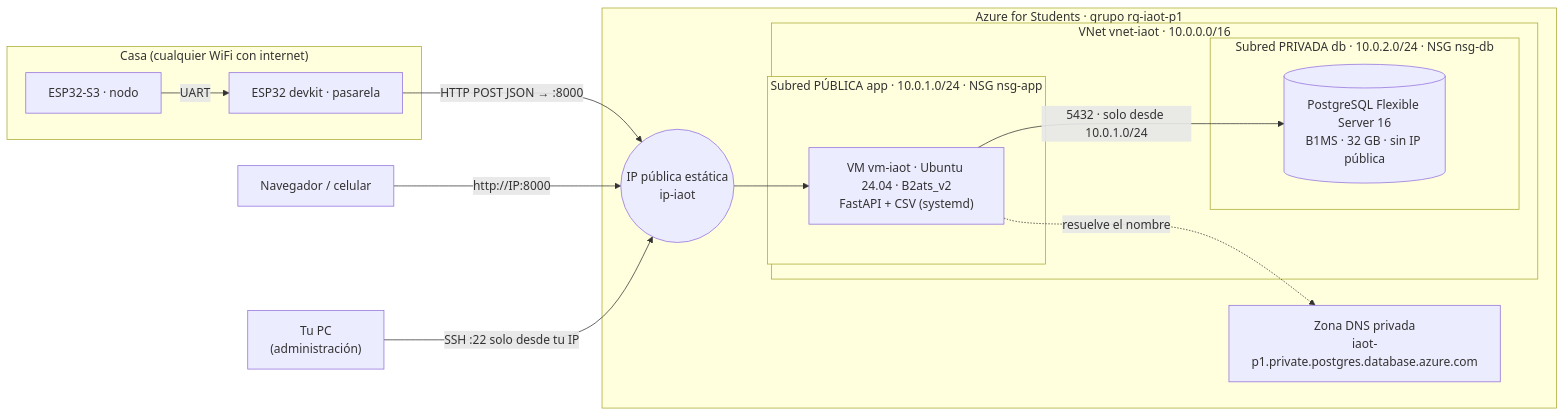
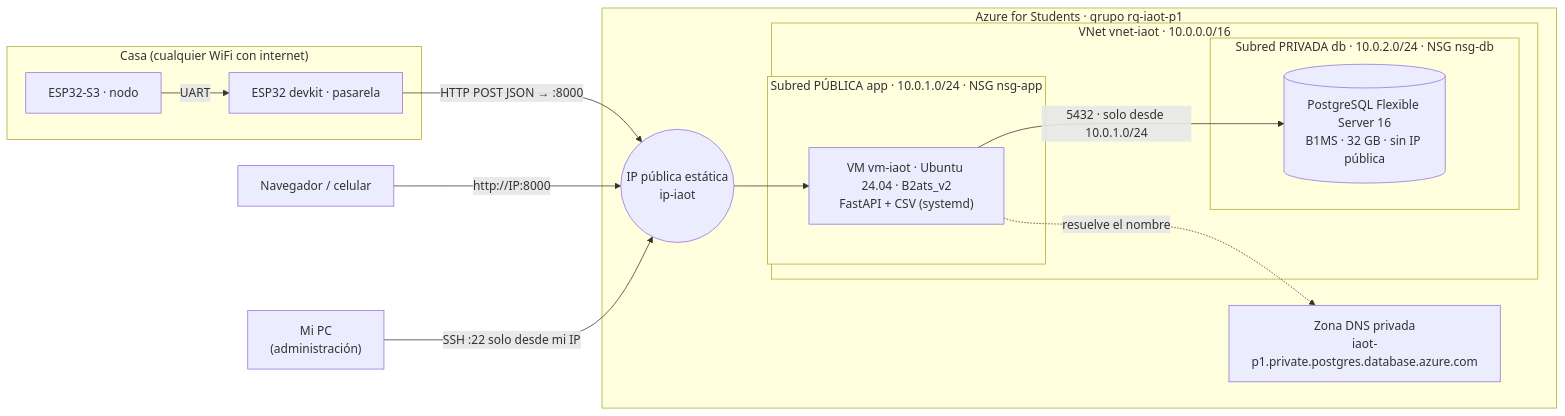
One commit to JCMelendezT/IAoT changed the second of 3 diagrams in practica-1/arquitectura.md. Above: the diagram before and after it, drawn with Mermaid. The commit also changed other lines of this file and 110 other files, not shown here.

````diff
--- a/practica-1/arquitectura.md
+++ b/practica-1/arquitectura.md
@@ -54,28 +54,28 @@
 ```mermaid
 flowchart LR
     subgraph casa["Casa (cualquier WiFi con internet)"]
         s3["ESP32-S3 · nodo"] -- "UART" --> dk["ESP32 devkit · pasarela"]
     end
     nav["Navegador / celular"]
-    yo["Tu PC<br/>(administración)"]
+    yo["Mi PC<br/>(administración)"]
 
     subgraph azure["Azure for Students · grupo rg-iaot-p1"]
         ip(("IP pública estática<br/>ip-iaot"))
         subgraph vnet["VNet vnet-iaot · 10.0.0.0/16"]
             subgraph app["Subred PÚBLICA app · 10.0.1.0/24 · NSG nsg-app"]
                 vm["VM vm-iaot · Ubuntu 24.04 · B2ats_v2<br/>FastAPI + CSV (systemd)"]
             end
             subgraph db["Subred PRIVADA db · 10.0.2.0/24 · NSG nsg-db"]
                 pgf[("PostgreSQL Flexible Server 16<br/>B1MS · 32 GB · sin IP pública")]
             end
         end
         dns["Zona DNS privada<br/>iaot-p1.private.postgres.database.azure.com"]
     end
 
     dk -- "HTTP POST JSON → :8000" --> ip
     nav -- "http://IP:8000" --> ip
-    yo -- "SSH :22 solo desde tu IP" --> ip
+    yo -- "SSH :22 solo desde mi IP" --> ip
     ip --> vm
     vm -- "5432 · solo desde 10.0.1.0/24" --> pgf
     vm -. "resuelve el nombre" .-> dns
 ```
````
